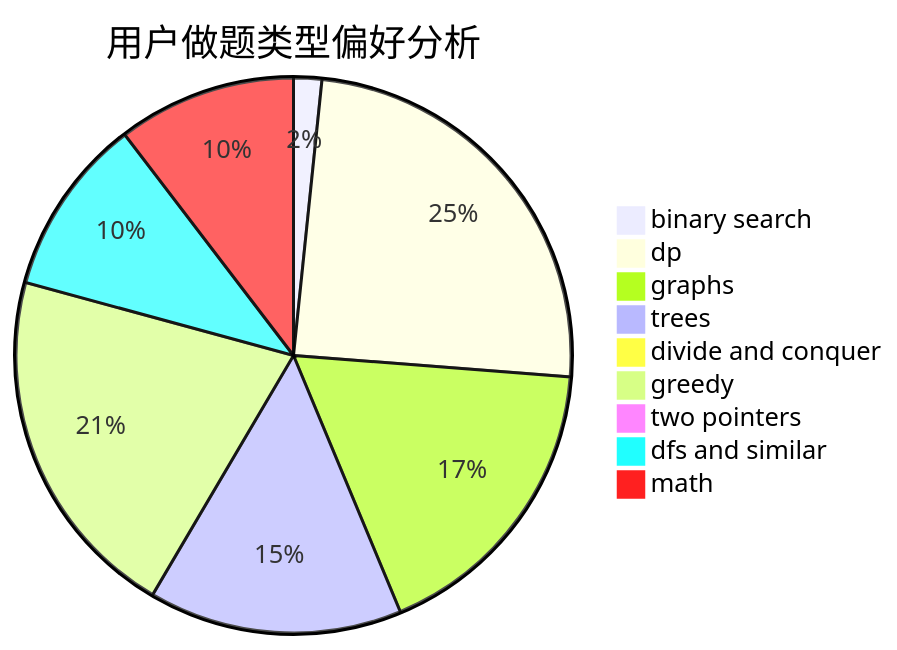
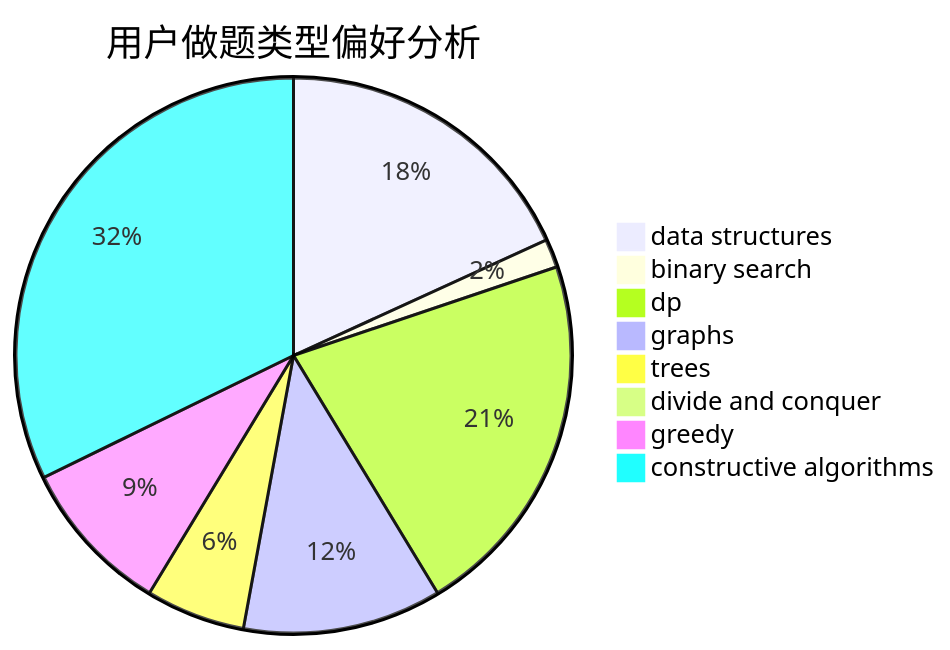
Before and after one commit to sherpahu/cfrs.github.io: the second of 3 diagrams in docs/user/u1959.md, drawn with Mermaid. The commit also changed other lines of this file and 2775 other files, not shown here.

````diff
--- a/docs/user/u1959.md
+++ b/docs/user/u1959.md
@@ -23,12 +23,11 @@
 ```mermaid
 pie title 用户做题类型偏好分析
-    "binary search" :  3
-    "dp" :  45
-    "graphs" :  32
-    "trees" :  27
+    "data structures" :  22
+    "binary search" :  2
+    "dp" :  26
+    "graphs" :  14
+    "trees" :  7
     "divide and conquer" :  0
-    "greedy" :  38
-    "two pointers" :  0
-    "dfs and similar" :  19
-    "math" :  19
+    "greedy" :  11
+    "constructive algorithms" :  39
 ```
````
